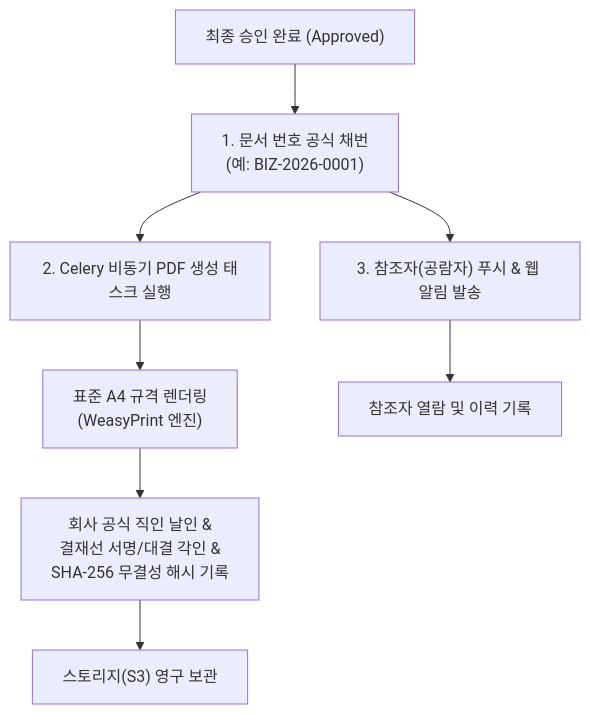
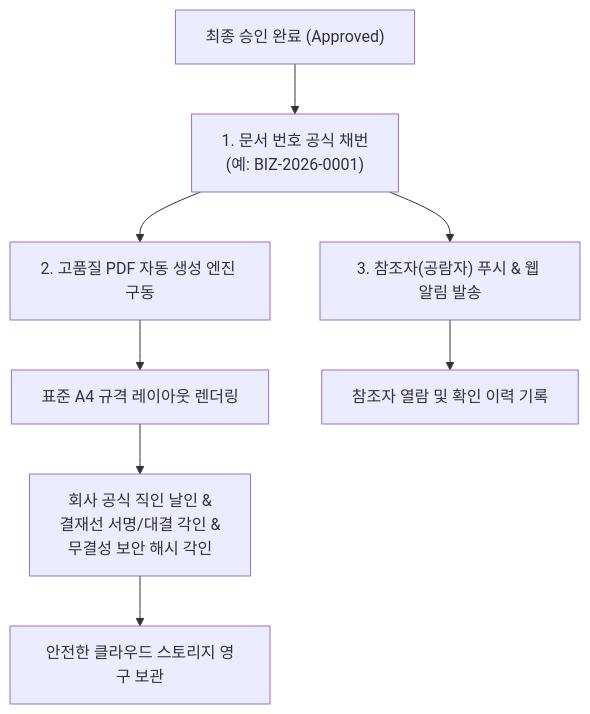
One commit to nc2U/ibs changed the diagram in app/vue/docs/approval/pdf-print.md. Above: the diagram before and after it, drawn with Mermaid. The commit also changed other lines of this file and 17 other files, not shown here.

````diff
--- a/app/vue/docs/approval/pdf-print.md
+++ b/app/vue/docs/approval/pdf-print.md
@@ -7,12 +14,12 @@
 ```mermaid
 flowchart TD
     A["최종 승인 완료 (Approved)"] --> B["1. 문서 번호 공식 채번<br>(예: BIZ-2026-0001)"]
-    B --> C["2. Celery 비동기 PDF 생성 태스크 실행"]
+    B --> C["2. 고품질 PDF 자동 생성 엔진 구동"]
     
-    C --> D["표준 A4 규격 렌더링<br>(WeasyPrint 엔진)"]
-    D --> E["회사 공식 직인 날인 &<br>결재선 서명/대결 각인 &<br>SHA-256 무결성 해시 기록"]
-    E --> F["스토리지(S3) 영구 보관"]
+    C --> D["표준 A4 규격 레이아웃 렌더링"]
+    D --> E["회사 공식 직인 날인 &<br>결재선 서명/대결 각인 &<br>무결성 보안 해시 각인"]
+    E --> F["안전한 클라우드 스토리지 영구 보관"]
     
     B --> G["3. 참조자(공람자) 푸시 & 웹 알림 발송"]
-    G --> H["참조자 열람 및 이력 기록"]
+    G --> H["참조자 열람 및 확인 이력 기록"]
 ```
````
